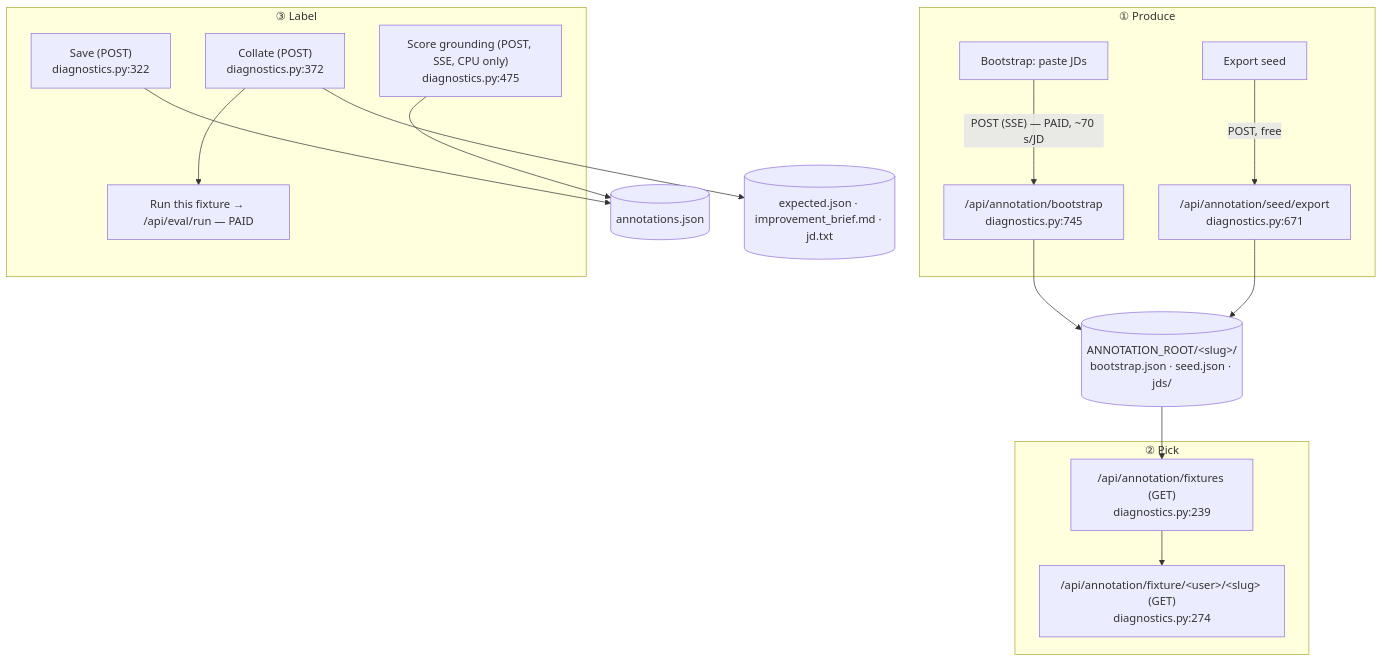
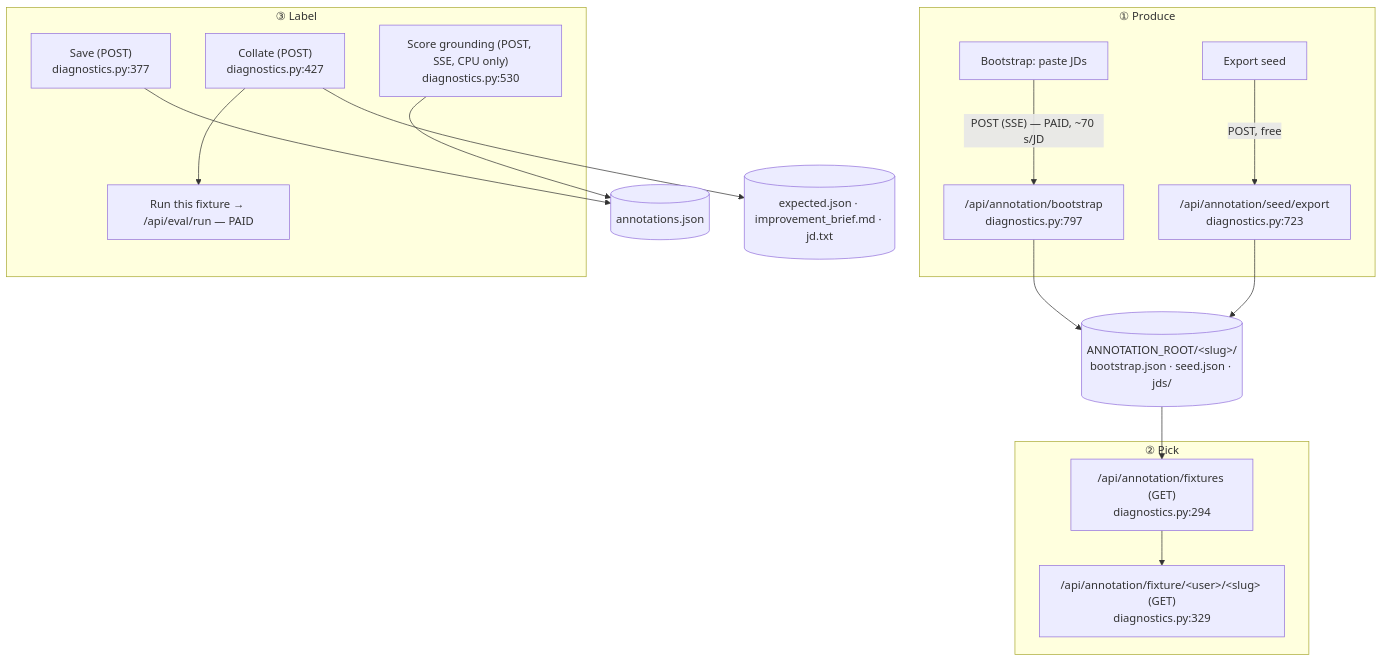
Before and after one commit to take-tempo-public/sartor: the fifth of 5 diagrams in docs/dev/diagnostics.md, drawn with Mermaid. The commit also changed other lines of this file and 11 other files, not shown here.

````diff
--- a/docs/dev/diagnostics.md
+++ b/docs/dev/diagnostics.md
@@ -167,24 +174,24 @@
 ```mermaid
 flowchart TB
   subgraph s1["① Produce"]
-    bs["Bootstrap: paste JDs"] -->|"POST (SSE) — PAID, ~70 s/JD"| bsr["/api/annotation/bootstrap<br/>diagnostics.py:745"]
-    ex["Export seed"] -->|POST, free| exr["/api/annotation/seed/export<br/>diagnostics.py:671"]
+    bs["Bootstrap: paste JDs"] -->|"POST (SSE) — PAID, ~70 s/JD"| bsr["/api/annotation/bootstrap<br/>diagnostics.py:797"]
+    ex["Export seed"] -->|POST, free| exr["/api/annotation/seed/export<br/>diagnostics.py:723"]
   end
   subgraph s2["② Pick"]
-    list["/api/annotation/fixtures (GET)<br/>diagnostics.py:239"]
-    load["/api/annotation/fixture/&lt;user&gt;/&lt;slug&gt; (GET)<br/>diagnostics.py:274"]
+    list["/api/annotation/fixtures (GET)<br/>diagnostics.py:294"]
+    load["/api/annotation/fixture/&lt;user&gt;/&lt;slug&gt; (GET)<br/>diagnostics.py:329"]
   end
   subgraph s3["③ Label"]
-    save["Save (POST)<br/>diagnostics.py:322"]
-    col["Collate (POST)<br/>diagnostics.py:372"]
-    sc["Score grounding (POST, SSE, CPU only)<br/>diagnostics.py:475"]
+    save["Save (POST)<br/>diagnostics.py:377"]
+    col["Collate (POST)<br/>diagnostics.py:427"]
+    sc["Score grounding (POST, SSE, CPU only)<br/>diagnostics.py:530"]
     runfx["Run this fixture → /api/eval/run — PAID"]
   end
   bsr --> fx[("ANNOTATION_ROOT/&lt;slug&gt;/<br/>bootstrap.json · seed.json · jds/")]
   exr --> fx
   fx --> list --> load
   save --> ann[("annotations.json")]
   col --> out[("expected.json · improvement_brief.md · jd.txt")]
   sc --> ann
   col --> runfx
 ```
````
